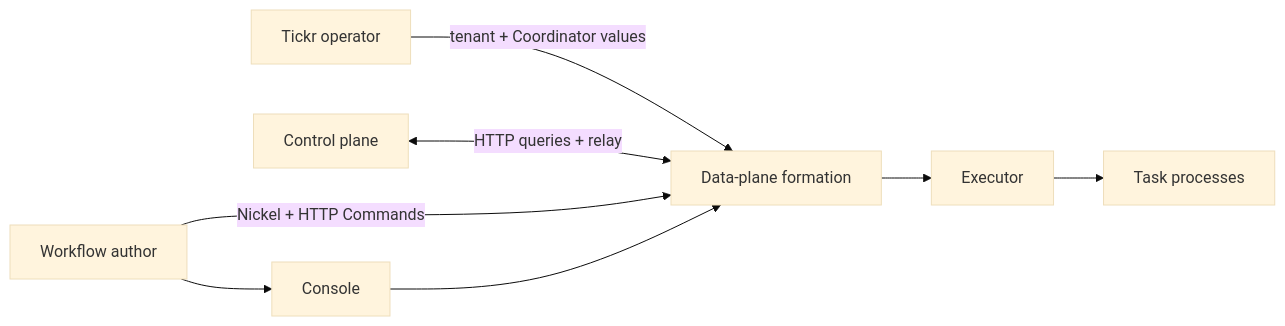
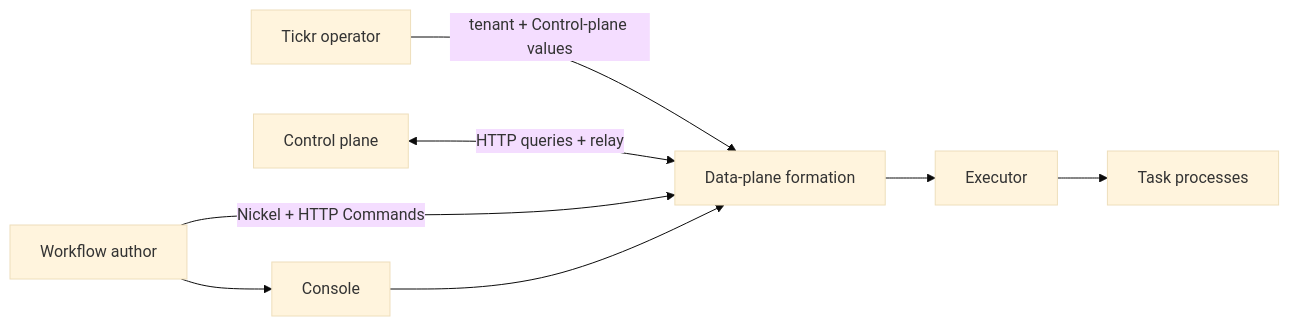
The diagram in docs-site/docs/concepts/control-and-data-plane.md (tickr-io/tickr-cli), drawn with Mermaid (base theme) before and after one commit. The commit also changed other lines of this file and 46 other files, not shown here.

First line of the commit message:
Rename data-plane Control-plane connections

````diff
--- a/docs-site/docs/concepts/control-and-data-plane.md
+++ b/docs-site/docs/concepts/control-and-data-plane.md
@@ -32,10 +32,10 @@
 ```mermaid
 flowchart LR
-  O[Tickr operator] -->|tenant + Coordinator values| D
+  O[Tickr operator] -->|tenant + Control-plane values| D
   C[Control plane] <-->|HTTP queries + relay| D[Data-plane formation]
   U[Workflow author] -->|Nickel + HTTP Commands| D
   D --> E[Executor]
   E --> T[Task processes]
   U --> X[Console]
   X --> D
 ```
````
